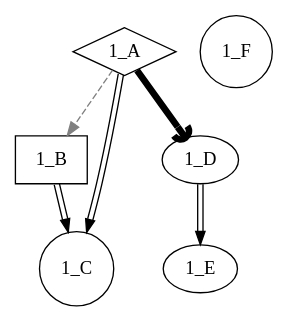
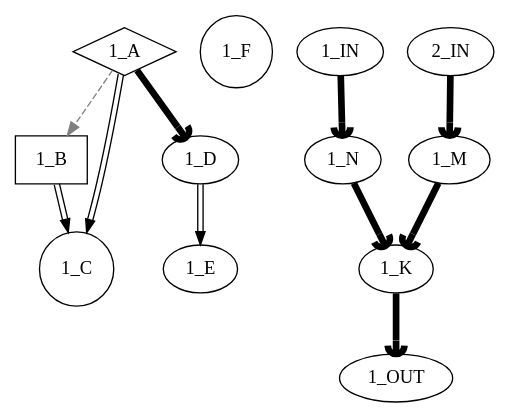
The diagram in theInputFile.dot (uwpktngiengo/DAGmodifier), drawn with Graphviz before and after one commit. The commit also changed 12 other files, not shown here.

```diff
--- a/theInputFile.dot
+++ b/theInputFile.dot
@@ -1,12 +1,17 @@
 digraph D {
   "1_A" [shape=diamond]
   "1_B" [shape=box]
   "1_C" [shape=circle]
   "1_F" [shape=circle]
 
   "1_A" -> "1_B" [style=dashed, color=grey]
   "1_A" -> "1_C" [color="black:invis:black"]
   "1_B" -> "1_C" [color="black:invis:black"]
   "1_D" -> "1_E" [color="black:invis:black"]
   "1_A" -> "1_D" [penwidth=5, arrowhead=curve]
+  "1_IN" -> "1_N" [penwidth=5, arrowhead=curve]
+  "2_IN" -> "1_M" [penwidth=5, arrowhead=curve]
+  "1_K" -> "1_OUT" [penwidth=5, arrowhead=curve]
+  "1_N" -> "1_K" [penwidth=5, arrowhead=curve]
+  "1_M" -> "1_K" [penwidth=5, arrowhead=curve]
 }
```
